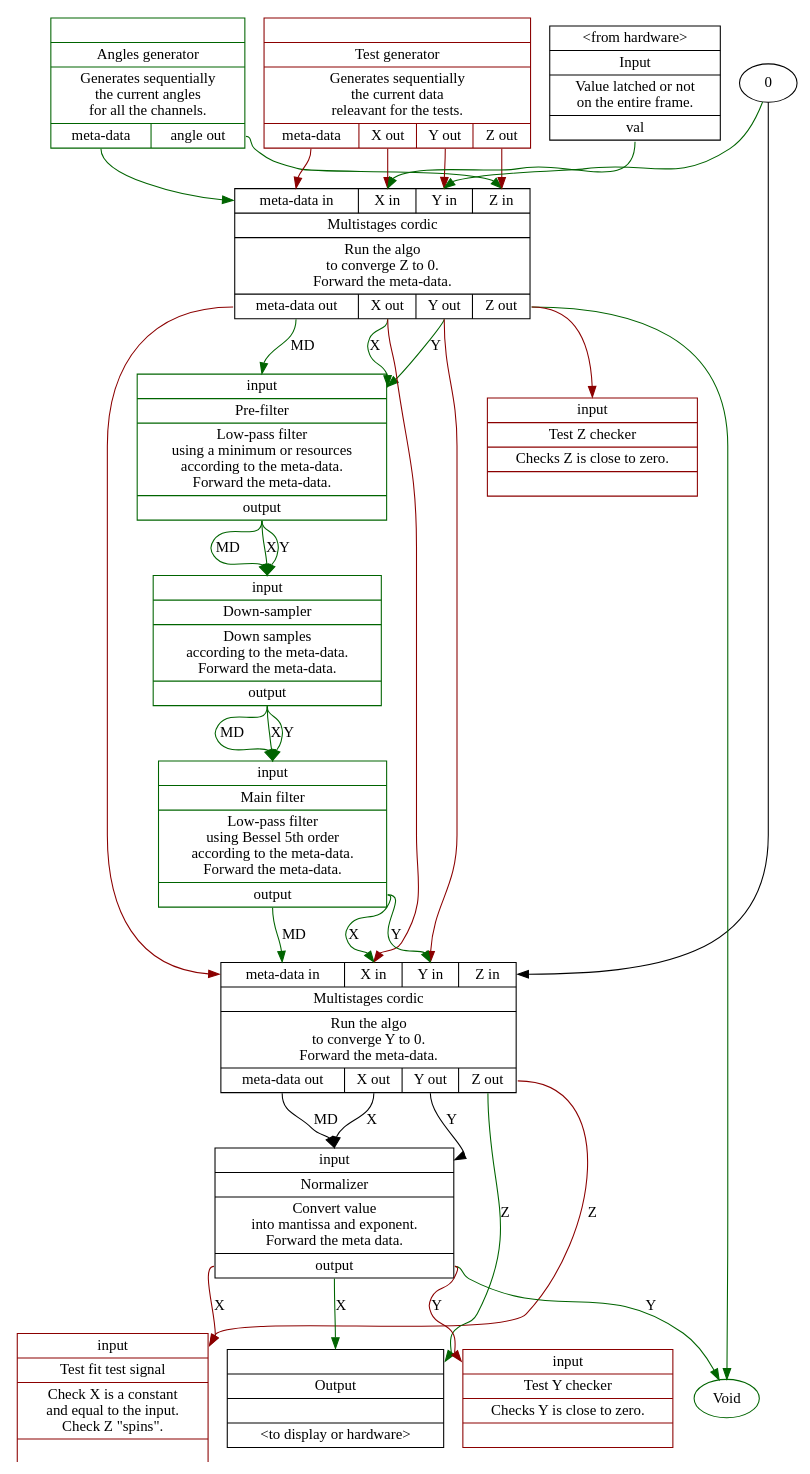
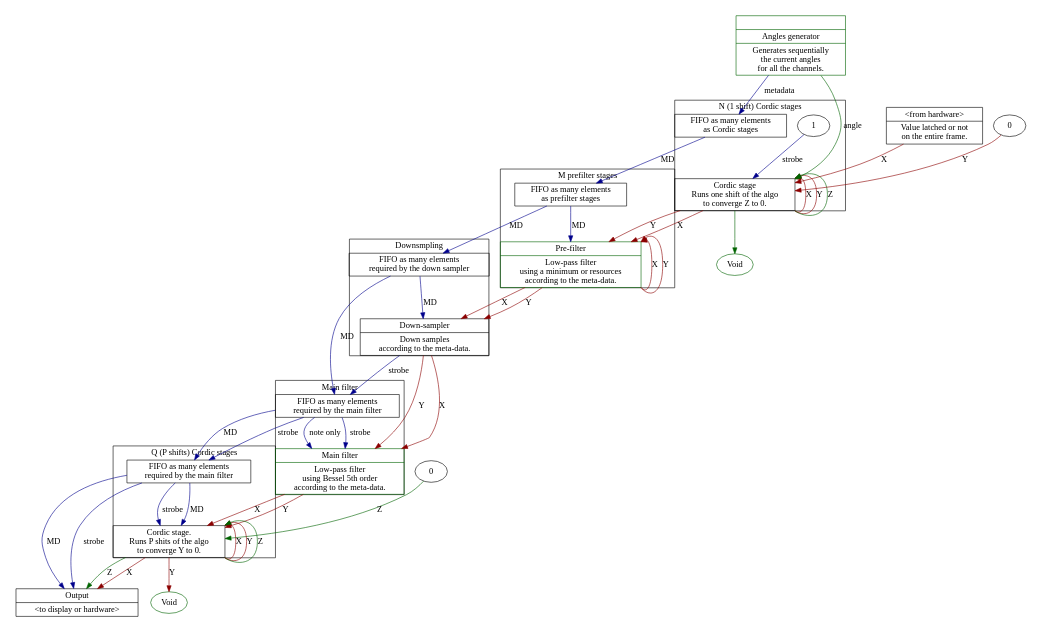
One commit to pat-pgt/MultiFrequenciesDetector changed the diagram in Documentation/Overview.gv. Above: the diagram before and after it, drawn with Graphviz.

Commit message:
New Overview documentation file
* The meta data and the detail of the stages appears explicitly.
* For clarity, the tests are no longer a part of this document.
  They are going to have their own one.
* The detection is not a part of the main project anymore.
  The output X, the output Z, the meta data and the strobe, in the registers format, are the official outputs.
  Some design was planned to convert X to floating numbers. The strategy is to grow the exponent a little at each Cordic stage. If both X and Y can be shifted and are still lower than 0.5, the exponent is raised and the shift is executed during an Y to 0 Cordic stage.
  By this way, the integer arithmetic is still possible and the latency is shorted as the exponent grow as of the early stages.
  However, with the introduction of the multi-shift (used by the Y to 0), there is already a lot of latency.
  For the floating output, a component has to be written. Since the output register is re-entrant, one component may be enough to raise all the shifts.

```diff
--- a/Documentation/Overview.gv
+++ b/Documentation/Overview.gv
@@ -1,98 +1,128 @@
 digraph g {
-size="8.267,11.7";
-margin=0;
-node [ shape=record ];
-newrank = true;
-angles_generator_run [
-label = "{|Angles generator|Generates sequentially\nthe current angles\nfor all the channels.|{<f1>meta-data|<f2>angle out}}";
-color="darkgreen";
-];
-test_generator [
-label = "{|Test generator|Generates sequentially\nthe current data\nreleavant for the tests.|{<f1>meta-data|<f2>X out|<f3>Y out|<f4>Z out}}";
-color="darkred";
-];
-input_val [
-label = "{\<from hardware\>|Input|Value latched or not\non the entire frame.|<f1>val}"];
-color="darkgreen";
-zero_gene [
-label = "0";
-shape="ellipse";
-];
-cordic_RZ_2_XY [
-label = "{{<f1>meta-data in|<f2>X in|<f3>Y in|<f4>Z in}|Multistages cordic|Run the algo\nto converge Z to 0.\nForward the meta-data.|{<f5>meta-data out|<f6>X out|<f7>Y out|<f8>Z out}}";
-];
-"angles_generator_run":f1 -> "cordic_RZ_2_XY":f1 [ color = "darkgreen" ];
-"angles_generator_run":f2 -> "cordic_RZ_2_XY":f4 [ color = "darkgreen" ];
-"input_val":f1 -> "cordic_RZ_2_XY":f2 [ color = "darkgreen" ];
-"zero_gene" -> "cordic_RZ_2_XY":f3 [ color = "darkgreen" ];
-"test_generator":f1 -> "cordic_RZ_2_XY":f1 [ color = "darkred" ];
-"test_generator":f2 -> "cordic_RZ_2_XY":f2 [ color = "darkred" ];
-"test_generator":f3 -> "cordic_RZ_2_XY":f3 [ color = "darkred" ];
-"test_generator":f4 -> "cordic_RZ_2_XY":f4 [ color = "darkred" ];
-pre_filter [
-label = "{<f1>input|Pre-filter|Low-pass filter\nusing a minimum or resources\naccording to the meta-data.\nForward the meta-data.|<f2>output}";
-color = "darkgreen";
-];
-void_run  [
-label = "Void";
-shape = "ellipse";
-color = "darkgreen";
-];
-test_Z_checker [
-label = "{<f1>input|Test Z checker|Checks Z is close to zero.|}";
-color = "darkred";
-];
-"cordic_RZ_2_XY":f5 -> "pre_filter":f1 [ label = "MD"; color = "darkgreen" ];
-"cordic_RZ_2_XY":f6 -> "pre_filter":f1 [ label = "X" ; color = "darkgreen" ];
-"cordic_RZ_2_XY":f7 -> "pre_filter":f1 [ label = "Y" ; color = "darkgreen" ];
-"cordic_RZ_2_XY":f8 -> "void_run" [ color = darkgreen ];
-"cordic_RZ_2_XY":f8 -> "test_Z_checker":f1 [ color = darkred ];
-downsampler [
-label = "{<f1>input|Down-sampler|Down samples\naccording to the meta-data.\nForward the meta-data.|<f2>output}";
-color = "darkgreen";
-];
-"pre_filter":f2 -> "downsampler":f1 [ label = "MD" ; color = "darkgreen" ];
-"pre_filter":f2 -> "downsampler":f1 [ label = "X" ; color = "darkgreen" ];
-"pre_filter":f2 -> "downsampler":f1 [ label = "Y" ; color = "darkgreen" ];
-main_filter [
-label = "{<f1>input|Main filter|Low-pass filter\nusing Bessel 5th order\naccording to the meta-data.\nForward the meta-data.|<f2>output}";
-color = "darkgreen";
-]
-"downsampler":f2 -> "main_filter":f1 [ label = "MD" ; color = "darkgreen" ];
-"downsampler":f2 -> "main_filter":f1 [ label = "X" ; color = "darkgreen" ];
-"downsampler":f2 -> "main_filter":f1 [ label = "Y" ; color = "darkgreen" ];
-cordic_XY_2_RZ [
-label = "{{<f1>meta-data in|<f2>X in|<f3>Y in|<f4>Z in}|Multistages cordic|Run the algo\nto converge Y to 0.\nForward the meta-data.|{<f5>meta-data out|<f6>X out|<f7>Y out|<f8>Z out}}";
-];
-"main_filter":f2 -> "cordic_XY_2_RZ":f1 [ label = "MD" ; color = "darkgreen" ];
-"main_filter":f2 -> "cordic_XY_2_RZ":f2 [ label = "X" ; color = "darkgreen" ];
-"main_filter":f2 -> "cordic_XY_2_RZ":f3 [ label = "Y" ; color = "darkgreen" ];
-"zero_gene" -> "cordic_XY_2_RZ":f4;
-"cordic_RZ_2_XY":f5 -> "cordic_XY_2_RZ":f1 [ color = "darkred" ];
-"cordic_RZ_2_XY":f6 -> "cordic_XY_2_RZ":f2 [ color = "darkred" ];
-"cordic_RZ_2_XY":f7 -> "cordic_XY_2_RZ":f3 [ color = "darkred" ];
-normalizer [
-label = "{<f1>input|Normalizer|Convert value\n into mantissa and exponent.\nForward the meta data.|<f2>output}";
-];
-"cordic_XY_2_RZ":f5 -> "normalizer":f1 [ label = "MD" ];
-"cordic_XY_2_RZ":f6 -> "normalizer":f1 [ label = "X" ];
-"cordic_XY_2_RZ":f7 -> "normalizer":f1 [ label = "Y" ];
-test_Y_checker [
-label = "{<f1>input|Test Y checker|Checks Y is close to zero.|}";
-color = "darkred";
-];
-test_fit_test_signal [
-label = "{<f1>input|Test fit test signal|Check X is a constant\nand equal to the input.\nCheck Z \"spins\".|}";
-color = "darkred";
-];
-output_data [
-label = "{<f1>|Output||\<to display or hardware\>}"];
-color="darkgreen";
-"normalizer":f2 -> "void_run" [ label = "Y"; color = "darkgreen" ];
-"normalizer":f2 -> "test_Y_checker":f1 [ label = "Y"; color = "darkred" ];
-"normalizer":f2 -> "output_data":f1 [ label = "X"; color = "darkgreen" ];
-"cordic_XY_2_RZ":f8 -> "output_data":f1 [ label = "Z"; color = "darkgreen" ];
-"normalizer":f2 -> "test_fit_test_signal":f1 [ label = "X"; color = "darkred" ];
-"cordic_XY_2_RZ":f8 -> "test_fit_test_signal":f1 [ label = "Z"; color = "darkred" ];
+		size="8.267,11.7";
+		margin=0;
+		node [ shape=record ];
+		newrank = true;
+		subgraph cluster_0{
+				 cordic_RZ_2_XY [
+				 				label = "{Cordic stage\nRuns one shift of the algo\nto converge Z to 0.}";
+				 				];
+				 metadata_Z20_fifo [
+				 				   label="FIFO as many elements\nas Cordic stages";
+								   ];
+								   one_gene [
+								   label = "1";
+								   shape="ellipse";
+								   ];
+								   cordic_RZ_2_XY:se -> cordic_RZ_2_XY:ne [color = "darkred"; label="X"];
+								   cordic_RZ_2_XY:se -> cordic_RZ_2_XY:ne [color = "darkred"; label="Y"];
+								   cordic_RZ_2_XY:se -> cordic_RZ_2_XY:ne [color = "darkgreen"; label="Z"];
+								   one_gene -> cordic_RZ_2_XY [color = "darkblue"; label="strobe"];
+								   label="N (1 shift) Cordic stages";
+		}
+		angles_generator_run [
+							 label = "{|Angles generator|Generates sequentially\nthe current angles\nfor all the channels.}";
+							 color="darkgreen";
+		];
+		"angles_generator_run" -> "cordic_RZ_2_XY" [ color = "darkgreen"; label="angle" ];
+		"angles_generator_run" -> "metadata_Z20_fifo" [ color = "darkblue"; label="metadata" ];
+		"input_val" -> "cordic_RZ_2_XY"    [ color = "darkred"; label = "X" ];
+		"zero_Y" -> "cordic_RZ_2_XY"    [ color = "darkred"; label = "Y" ];
+		input_val [
+		label = "{\<from hardware\>|Value latched or not\non the entire frame.}"];
+		color="black";
+		zero_Z [
+		label = "0";
+		shape="ellipse";
+		];
+		zero_Y [
+		label = "0";
+		shape="ellipse";
+		];
+		subgraph cluster_1{
+				 pre_filter [
+				 label = "{Pre-filter|Low-pass filter\nusing a minimum or resources\naccording to the meta-data.}";
+				 color = "darkgreen";
+				 ];
+				 metadata_prefilter_fifo [
+				 label="FIFO as many elements\nas prefilter stages";
+				 ];
+				 label="M prefilter stages";
+				 pre_filter:se -> pre_filter:ne[color = "darkred"; label="X"];
+				 pre_filter:se -> pre_filter:ne [color = "darkred"; label="Y"];
+				 "metadata_prefilter_fifo" -> pre_filter [ label = "MD"; color = "darkblue" ];
+		}
+		void_Z20  [
+		label = "Void";
+		shape = "ellipse";
+		color = "darkgreen";
+		];
+		void_Y20  [
+		label = "Void";
+		shape = "ellipse";
+		color = "darkgreen";
+		];
+		"metadata_Z20_fifo" -> "metadata_prefilter_fifo" [ label = "MD"; color = "darkblue" ];
+		"cordic_RZ_2_XY" -> "pre_filter" [ label = "X" ; color = "darkred" ];
+		"cordic_RZ_2_XY" -> "pre_filter" [ label = "Y" ; color = "darkred" ];
+		"cordic_RZ_2_XY" -> "void_Z20" [ color = darkgreen ];
+		subgraph cluster_2 {
+				 downsampler [
+				 			label = "{Down-sampler|Down samples\naccording to the meta-data.}";
+										color = "black";
+							];
+				 metadata_downsampler_fifo [
+										   label="FIFO as many elements\nrequired by the down sampler"
+										   ];
+			    "metadata_downsampler_fifo" -> downsampler [ label = "MD"; color = "darkblue" ];
+				label = "Downsmpling";
+		}
+		"metadata_prefilter_fifo" -> "metadata_downsampler_fifo" [ label = "MD" ; color = "darkblue" ];
+		"pre_filter" -> "downsampler" [ label = "X" ; color = "darkred" ];
+		"pre_filter" -> "downsampler" [ label = "Y" ; color = "darkred" ];
+		subgraph cluster_3 {
+				 main_filter [
+				 			 label = "{Main filter|Low-pass filter\nusing Bessel 5th order\naccording to the meta-data.}";
+				 			 color = "darkgreen";
+				];
+				metadata_mainfilter_fifo [
+										 label="FIFO as many elements\nrequired by the main filter"
+				];
+		"metadata_mainfilter_fifo" -> main_filter [ label = "note only"; color = "darkblue" ];
+		"metadata_mainfilter_fifo" -> main_filter [ label = "strobe"; color = "darkblue" ];
+		label = "Main filter";
+		}
+		"downsampler" -> "metadata_mainfilter_fifo" [ label = "strobe" ; color = "darkblue" ];
+		"metadata_downsampler_fifo" -> "metadata_mainfilter_fifo" [ label = "MD" ; color = "darkblue" ];
+		"downsampler" -> "main_filter" [ label = "X" ; color = "darkred" ];
+		"downsampler" -> "main_filter" [ label = "Y" ; color = "darkred" ];
+		subgraph cluster_4 {
+				 cordic_XY_2_RZ [
+				 				label = "{Cordic stage.\nRuns P shits of the algo\n to converge Y to 0.}";
+				];
+				metadata_Y20_fifo [
+								label="FIFO as many elements\nrequired by the main filter"
+				];
+				"metadata_Y20_fifo" -> cordic_XY_2_RZ  [ label = "strobe" ; color = "darkblue" ];
+				"metadata_Y20_fifo" -> cordic_XY_2_RZ [ label = "MD" ; color = "darkblue" ];
+				cordic_XY_2_RZ:se -> cordic_XY_2_RZ:ne[color = "darkred"; label="X"];
+				cordic_XY_2_RZ:se -> cordic_XY_2_RZ:ne [color = "darkred"; label="Y"];
+				cordic_XY_2_RZ:se -> cordic_XY_2_RZ:ne [color = "darkgreen"; label="Z"];
+				label = "Q (P shifts) Cordic stages"
+		}
+		"metadata_mainfilter_fifo" -> "metadata_Y20_fifo" [ label = "MD" ; color = "darkblue" ];
+		"metadata_mainfilter_fifo" -> "metadata_Y20_fifo" [ label = "strobe" ; color = "darkblue" ];
+		"main_filter" -> "cordic_XY_2_RZ" [ label = "X" ; color = "darkred" ];
+		"main_filter" -> "cordic_XY_2_RZ" [ label = "Y" ; color = "darkred" ];
+		"zero_Z" -> "cordic_XY_2_RZ" [ label = "Z"; color = "darkgreen" ];
 
+		cordic_XY_2_RZ -> void_Y20 [ label = "Y"; color = "darkred" ];
+		output_data [
+					label = "{Output|\<to display or hardware\>}"
+					];
+		color="darkgreen";
+		"cordic_XY_2_RZ" -> "output_data" [ label = "X"; color = "darkred" ];
+		"cordic_XY_2_RZ" -> "output_data" [ label = "Z"; color = "darkgreen" ];
+		"metadata_Y20_fifo" -> "output_data" [ label = "MD"; color = "darkblue" ];
+		"metadata_Y20_fifo" -> "output_data" [ label = "strobe"; color = "darkblue" ];
 }
```
